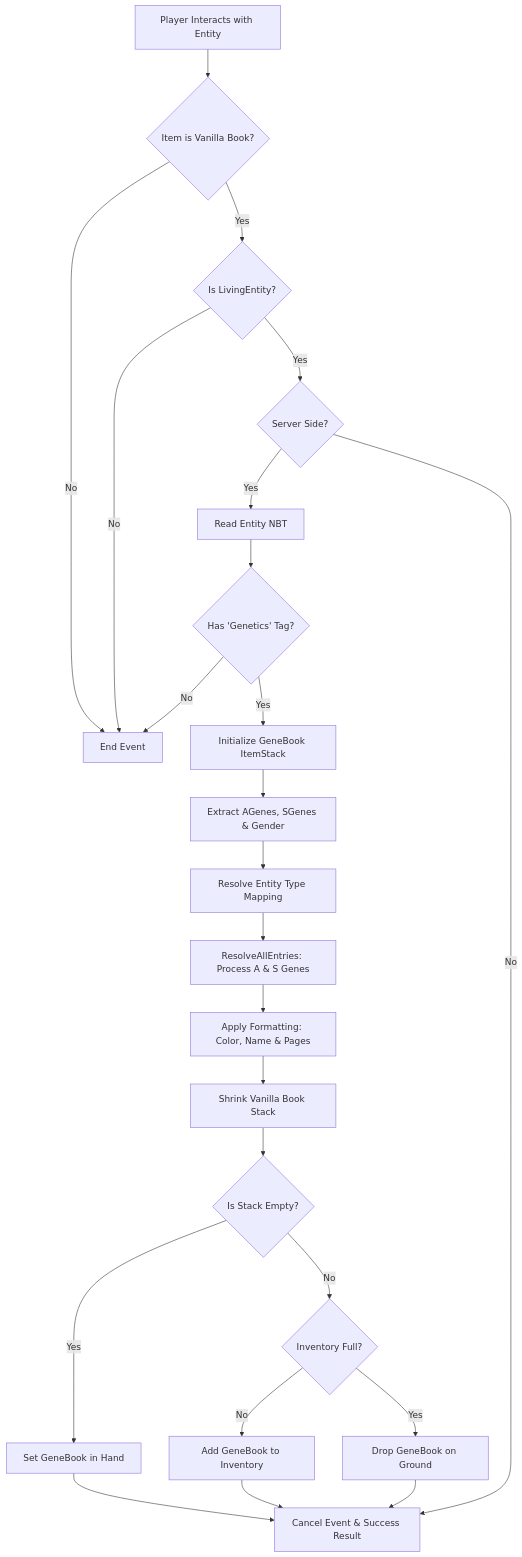
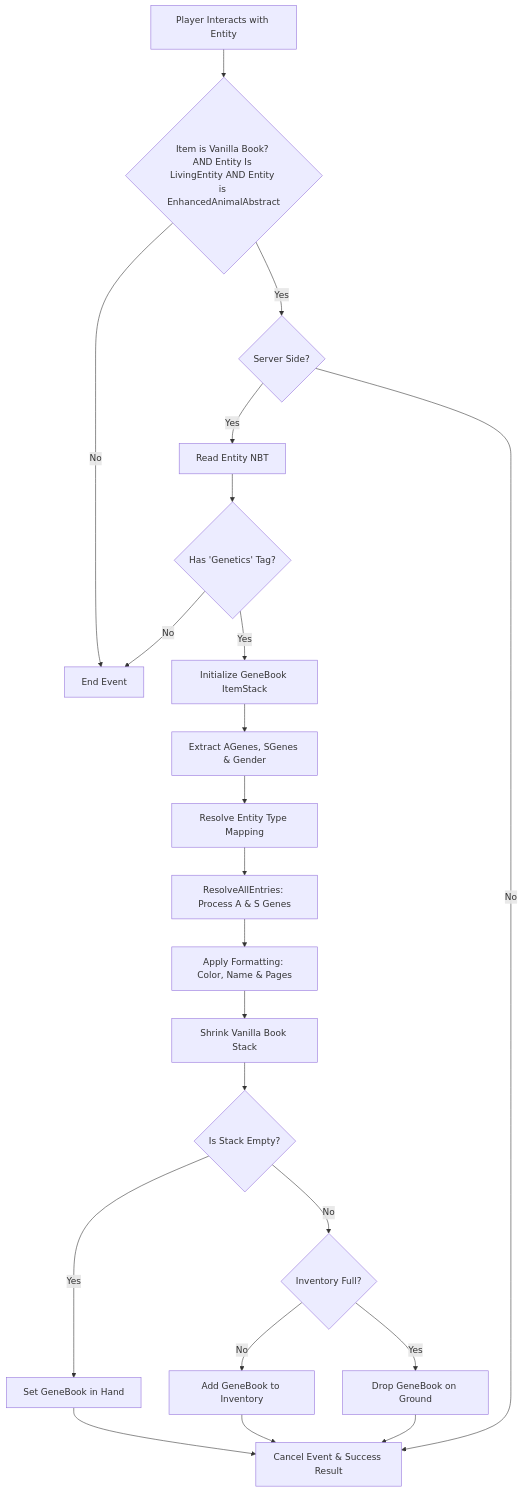
Before and after one commit to Maltshakes/GeneticTesting: the diagram in README.md, drawn with Mermaid. The commit also changed 1 other file, not shown here.

````diff
--- a/README.md
+++ b/README.md
@@ -35,33 +35,31 @@
 ```mermaid
 graph TD
-    A[Player Interacts with Entity] --> B{Item is Vanilla Book?}
+    A[Player Interacts with Entity] --> B{Item is Vanilla Book? AND Entity Is LivingEntity AND Entity is EnhancedAnimalAbstract}
     B -- No --> C[End Event]
-    B -- Yes --> D{Is LivingEntity?}
     
-    D -- Yes --> E{Server Side?}
-    D -- No --> C
+    B -- Yes --> E{Server Side?}
     
     E -- Yes --> F[Read Entity NBT]
     F --> G{Has 'Genetics' Tag?}
     
     G -- Yes --> H[Initialize GeneBook ItemStack]
     G -- No --> C
     
     H --> I[Extract AGenes, SGenes & Gender]
     I --> J[Resolve Entity Type Mapping]
     
     J --> K[ResolveAllEntries: Process A & S Genes]
     K --> L[Apply Formatting: Color, Name & Pages]
     
     L --> M[Shrink Vanilla Book Stack]
     M --> N{Is Stack Empty?}
     
     N -- Yes --> O[Set GeneBook in Hand]
     N -- No --> P{Inventory Full?}
     
     P -- No --> Q[Add GeneBook to Inventory]
     P -- Yes --> R[Drop GeneBook on Ground]
     
     O & Q & R --> S[Cancel Event & Success Result]
     E -- No --> S
 ```
````
